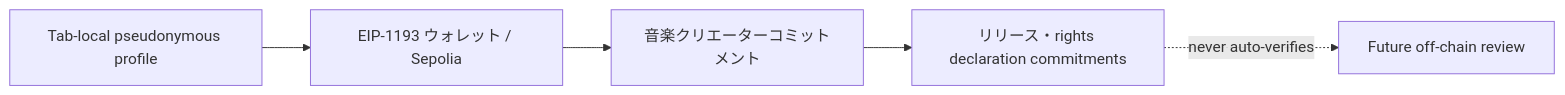
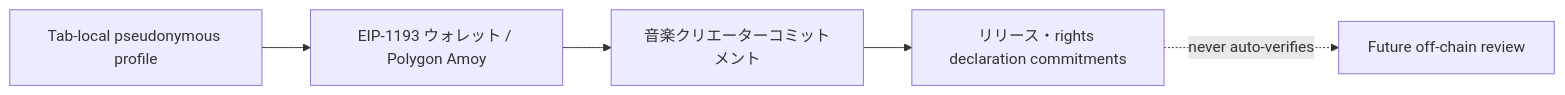
The diagram in docs/adr/ADR-0015-public-testnet-creator-journey.md (ShigeichiroYamasaki/creator-first-platform), drawn with Mermaid before and after one commit. The commit also changed other lines of this file and 57 other files, not shown here.

Commit message:
feat: migrate testnet demo to Polygon Amoy

````diff
--- a/docs/adr/ADR-0015-public-testnet-creator-journey.md
+++ b/docs/adr/ADR-0015-public-testnet-creator-journey.md
@@ -24,11 +24,11 @@
 ```mermaid
 flowchart LR
     PROFILE[Tab-local pseudonymous profile]
-    WALLET[EIP-1193 ウォレット / Sepolia]
+    WALLET[EIP-1193 ウォレット / Polygon Amoy]
     CREATOR[音楽クリエーターコミットメント]
     RELEASE[リリース・rights declaration commitments]
     REVIEW[Future off-chain review]
 
     PROFILE --> WALLET --> CREATOR --> RELEASE
     RELEASE -. never auto-verifies .-> REVIEW
 ```
````
